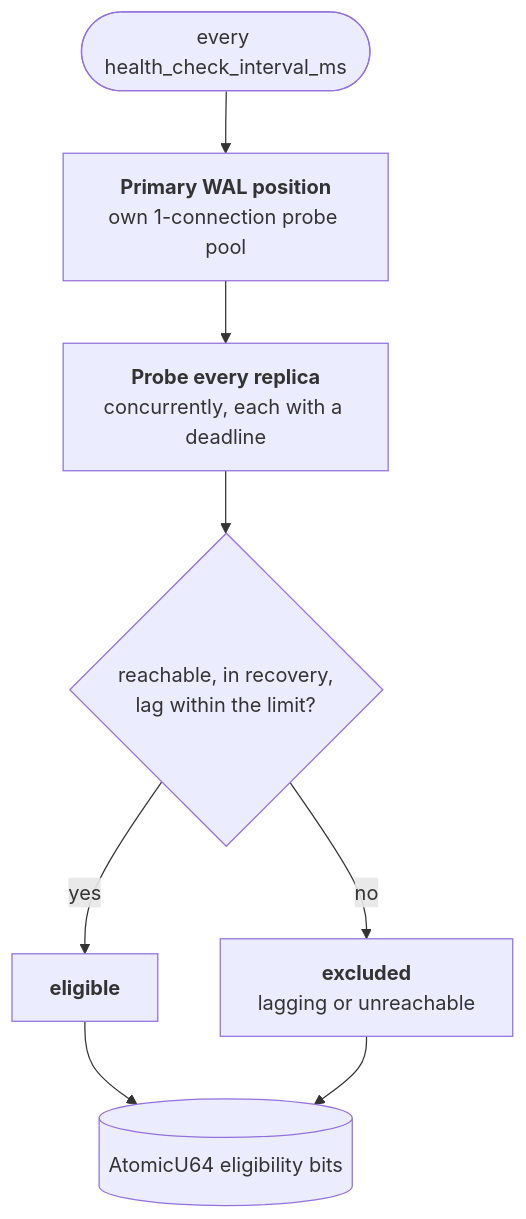
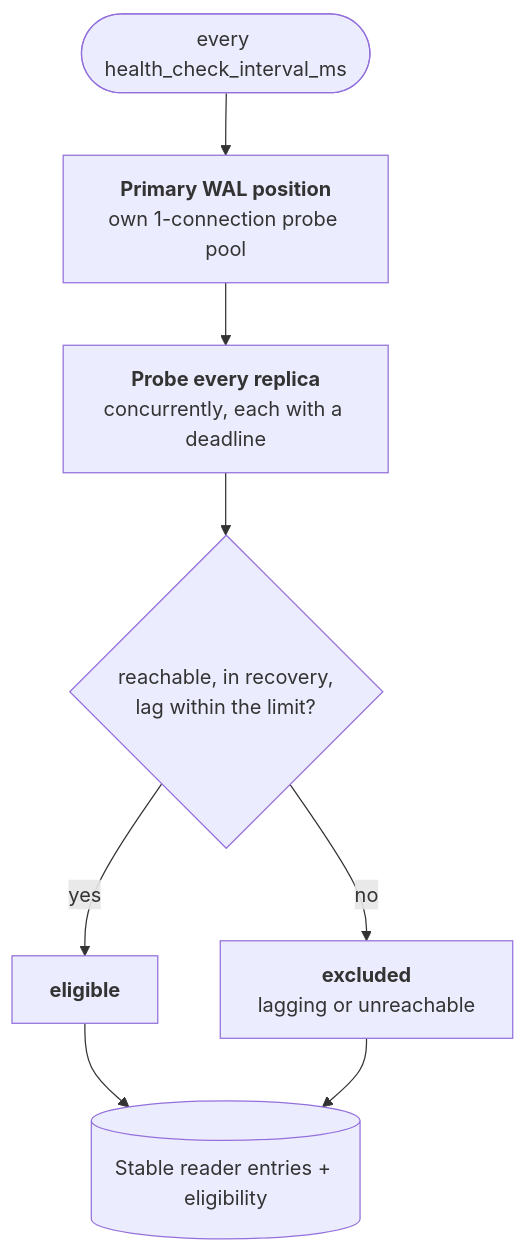
Before and after one commit to pgvis/pgvis: the fourth of 4 diagrams in arch/03-backends-and-dialects.md, drawn with Mermaid. The commit also changed other lines of this file and 27 other files, not shown here.

````diff
--- a/arch/03-backends-and-dialects.md
+++ b/arch/03-backends-and-dialects.md
@@ -221,14 +226,14 @@
 ```mermaid
 flowchart TB
     tick(["every health_check_interval_ms"])
     lsn["<b>Primary WAL position</b><br/>own 1-connection probe pool"]
     probe["<b>Probe every replica</b><br/>concurrently, each with a deadline"]
     lag{"reachable, in recovery,<br/>lag within the limit?"}
     ok["<b>eligible</b>"]
     out["<b>excluded</b><br/>lagging or unreachable"]
-    bits[("AtomicU64 eligibility bits")]
+    bits[("Stable reader entries + eligibility")]
 
     tick --> lsn --> probe --> lag
     lag -->|yes| ok --> bits
     lag -->|no| out --> bits
 ```
````
